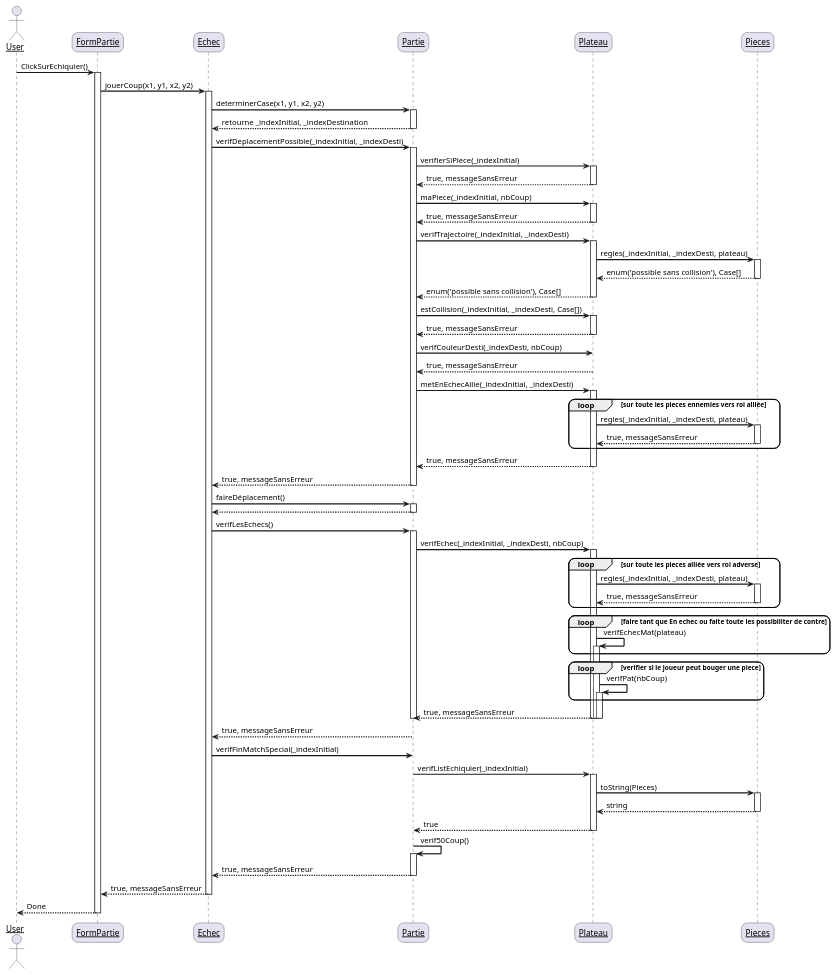
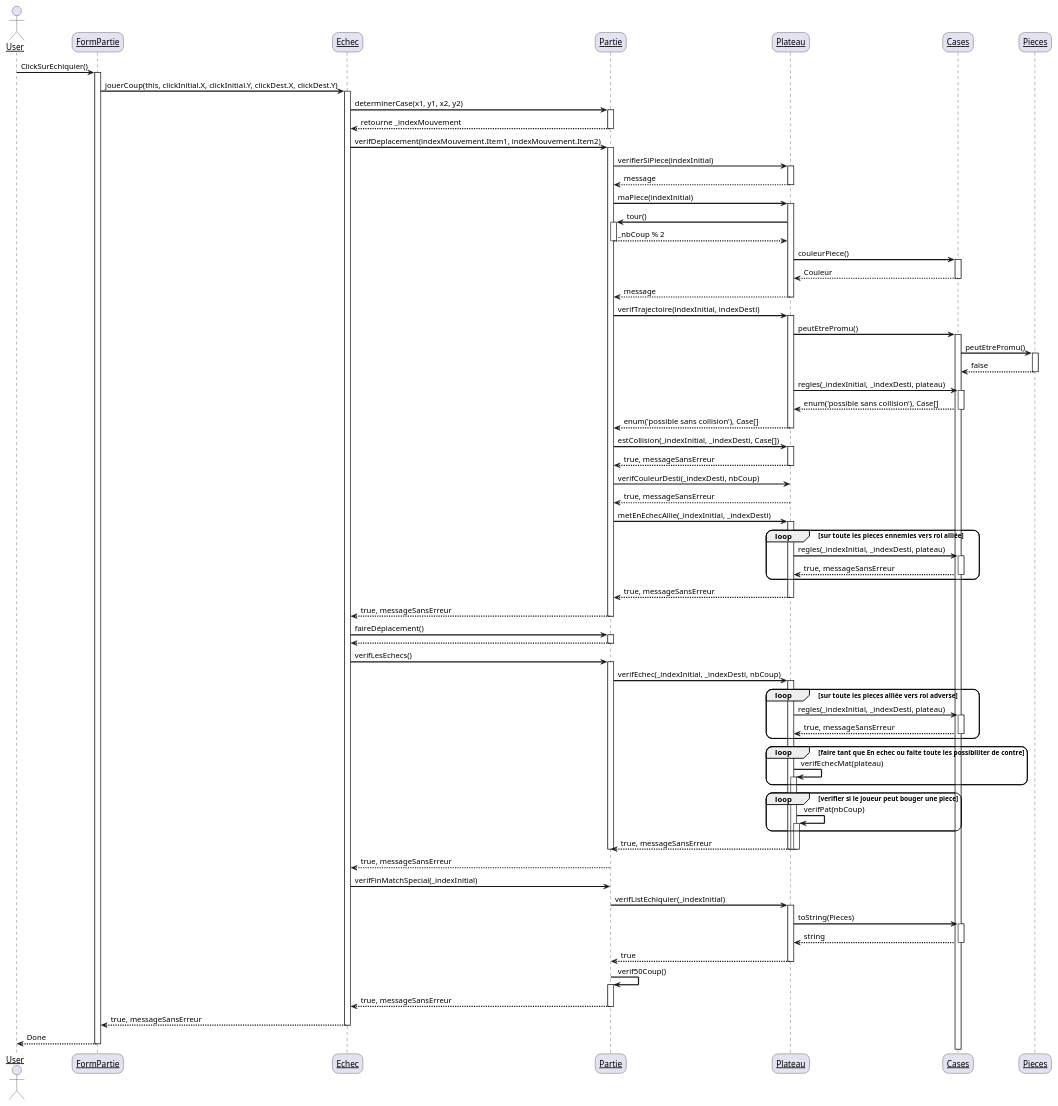
Before and after one commit to SprayZ-prog/TP-Chess: the diagram in DocumentTP/Echec_Diagramme/SequenceCoup.wsd, drawn with PlantUML.

Commit message:
diagramme sequence

```diff
--- a/DocumentTP/Echec_Diagramme/SequenceCoup.wsd
+++ b/DocumentTP/Echec_Diagramme/SequenceCoup.wsd
@@ -1,147 +1,165 @@
 @startuml
 skinparam sequenceArrowThickness 2
 skinparam roundcorner 20
 skinparam sequenceParticipant underline
 
 actor User
 participant "FormPartie" as A
 participant "Echec" as B
 participant "Partie" as C
 participant "Plateau" as D
-participant "Pieces" as E
+participant "Cases" as E
+participant "Pieces" as F
 
 User -> A: ClickSurEchiquier()
 activate A
 
-A -> B: jouerCoup(x1, y1, x2, y2)
+A -> B: jouerCoup(this, clickInitial.X, clickInitial.Y, clickDest.X, clickDest.Y)
 activate B
 
 B -> C: determinerCase(x1, y1, x2, y2)
 activate C
 
-C --> B: retourne _indexInitial, _indexDestination
+C --> B: retourne _indexMouvement
 deactivate C
 
-B -> C: verifDeplacementPossible(_indexInitial, _indexDesti)
+B -> C: verifDeplacement(indexMouvement.Item1, indexMouvement.Item2)
 activate C
 
-C -> D: verifierSiPiece(_indexInitial) 
+C -> D: verifierSiPiece(indexInitial) 
 activate D 
-' est ce que je vérifie les 2 case '
 
-D --> C: true, messageSansErreur
+D --> C: message
 deactivate D
 
-C -> D: maPiece(_indexInitial, nbCoup)
-activate D 
-D --> C: true, messageSansErreur
+C -> D: maPiece(indexInitial)
+activate D
+
+D -> C: tour()
+activate C
+C --> D: _nbCoup % 2
+deactivate C
+
+D -> E: couleurPiece()
+activate E
+E --> D: Couleur
+deactivate E
+
+D --> C: message
 deactivate D
 
-C -> D: verifTrajectoire(_indexInitial, _indexDesti)
+C -> D: verifTrajectoire(indexInitial, indexDesti)
 activate D 
+D -> E: peutEtrePromu()
+activate E
+E -> F: peutEtrePromu()
+activate F
+F --> E: false
+deactivate F
+
 D -> E: regles(_indexInitial, _indexDesti, plateau)
 activate E
 E --> D: enum('possible sans collision'), Case[]
 deactivate E
 D --> C: enum('possible sans collision'), Case[]
 deactivate D
 
 C -> D: estCollision(_indexInitial, _indexDesti, Case[])
 activate D 
 D --> C: true, messageSansErreur
 deactivate D
 
 C -> D: verifCouleurDesti(_indexDesti, nbCoup)
 D --> C: true, messageSansErreur
 deactivate D
 
 
 C -> D: metEnEchecAllie(_indexInitial, _indexDesti)
 activate D
 
 loop sur toute les pieces ennemies vers roi alliée
 D -> E: regles(_indexInitial, _indexDesti, plateau)
 activate E
 E --> D: true, messageSansErreur
 deactivate E
 end loop
 
 D --> C: true, messageSansErreur
 deactivate D
 
 C --> B: true, messageSansErreur
 deactivate C
 
 B -> C: faireDéplacement()
 activate C
 C --> B
 deactivate C
 
 
 B -> C: verifLesEchecs()
 activate C
 
 
 C -> D: verifEchec(_indexInitial, _indexDesti, nbCoup)
 activate D
 
 loop sur toute les pieces alliée vers roi adverse
 D -> E: regles(_indexInitial, _indexDesti, plateau)
 activate E
 E --> D: true, messageSansErreur
 deactivate E
 end loop
 
 
 loop faire tant que En echec ou faite toute les possibiliter de contre
 D -> D: verifEchecMat(plateau)
 activate D
 end loop
 
 
 
 loop verifier si le joueur peut bouger une piece
 D -> D: verifPat(nbCoup)
 activate D
 end loop
 activate D
 
 
 D --> C: true, messageSansErreur
 deactivate D
 deactivate D
 deactivate D
 
 deactivate C
 deactivate C
 deactivate C
 
 C --> B: true, messageSansErreur
 
 B -> C: verifFinMatchSpecial(_indexInitial)
 
 
 C -> D: verifListEchiquier(_indexInitial)
 activate D
 D -> E: toString(Pieces)
 activate E
 E --> D: string
 deactivate E
 
 D --> C: true
 deactivate D
 
 C -> C: verif50Coup()
 activate C
 
 
 C --> B: true, messageSansErreur
 deactivate C
 
 B --> A: true, messageSansErreur
 deactivate B
 
 A --> User: Done
 deactivate A
 
 @enduml
```
